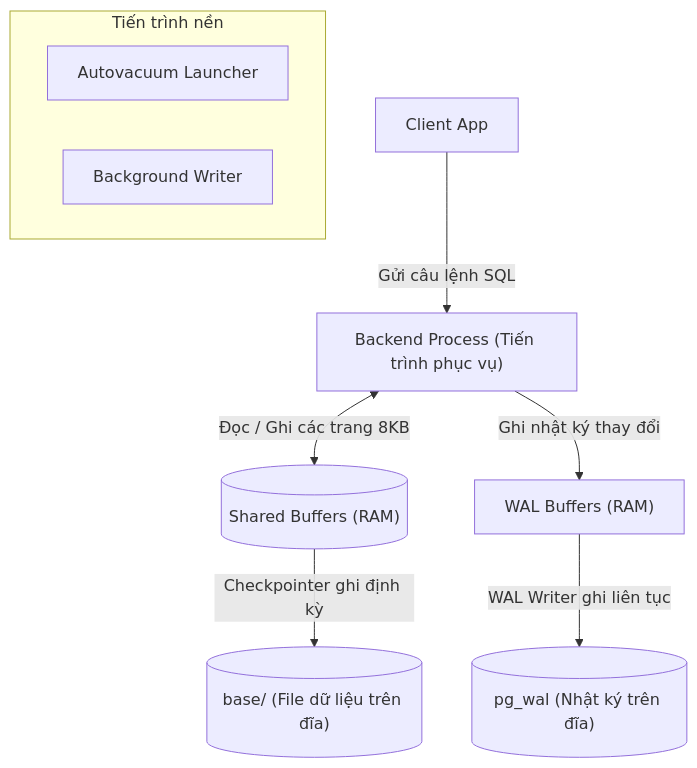
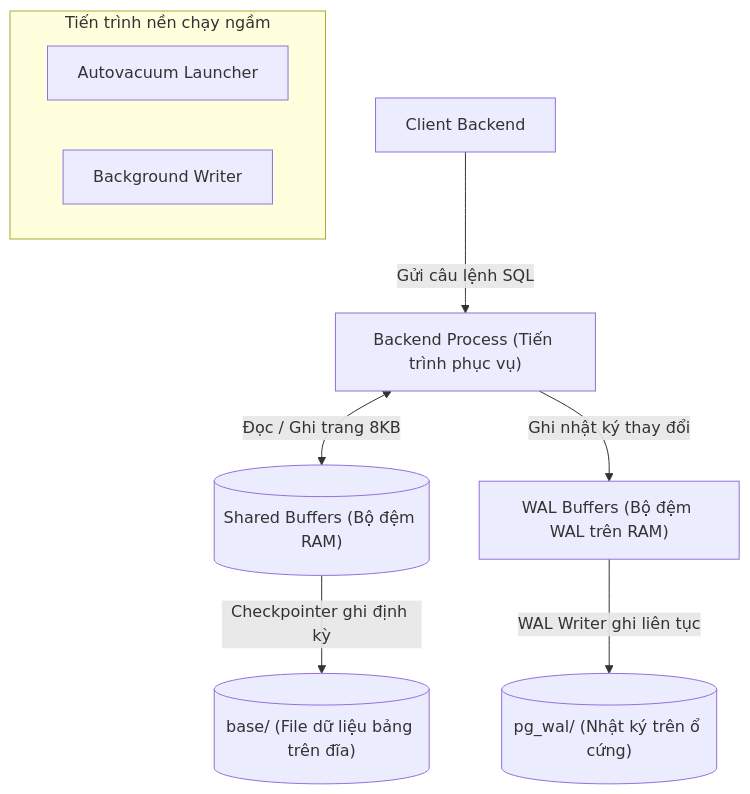
The tenth of 10 diagrams in database/Database.md (ThanhPhongvipvip/Tutorial), drawn with Mermaid before and after one commit. The commit also changed other lines of this file and 1 other file, not shown here.

````diff
--- a/database/Database.md
+++ b/database/Database.md
@@ -640,14 +1074,14 @@
 ```mermaid
 flowchart TD
-    Client["Client App"] -->|"Gửi câu lệnh SQL"| Backend["Backend Process (Tiến trình phục vụ)"]
-    Backend <-->|"Đọc / Ghi các trang 8KB"| SB[("Shared Buffers (RAM)")]
-    Backend -->|"Ghi nhật ký thay đổi"| WB["WAL Buffers (RAM)"]
+    Client["Client Backend"] -->|"Gửi câu lệnh SQL"| Backend["Backend Process (Tiến trình phục vụ)"]
+    Backend <-->|"Đọc / Ghi trang 8KB"| SB[("Shared Buffers (Bộ đệm RAM)")]
+    Backend -->|"Ghi nhật ký thay đổi"| WB["WAL Buffers (Bộ đệm WAL trên RAM)"]
     
-    WB -->|"WAL Writer ghi liên tục"| WAL_DISK[("pg_wal (Nhật ký trên đĩa)")]
-    SB -->|"Checkpointer ghi định kỳ"| DATA_DISK[("base/ (File dữ liệu trên đĩa)")]
+    WB -->|"WAL Writer ghi liên tục"| WAL_DISK[("pg_wal/ (Nhật ký trên ổ cứng)")]
+    SB -->|"Checkpointer ghi định kỳ"| DATA_DISK[("base/ (File dữ liệu bảng trên đĩa)")]
     
-    subgraph Background_Workers ["Tiến trình nền"]
+    subgraph Background_Workers ["Tiến trình nền chạy ngầm"]
         AV["Autovacuum Launcher"]
         BW["Background Writer"]
     end
 ```
````
